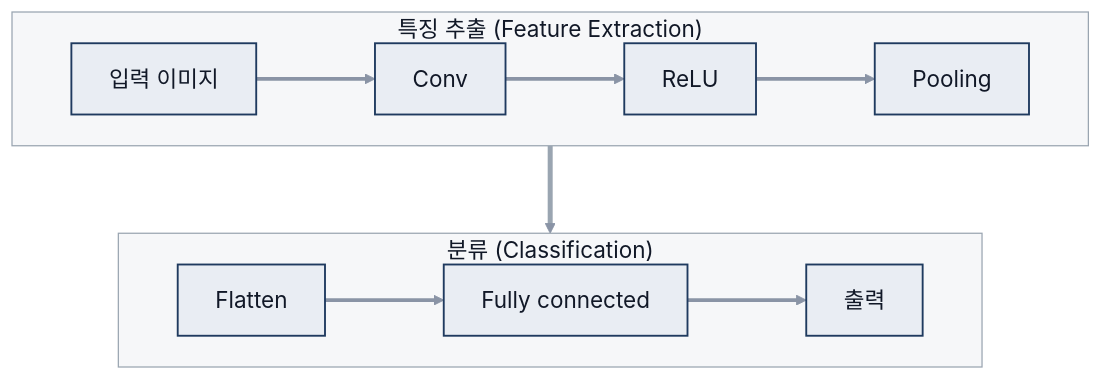
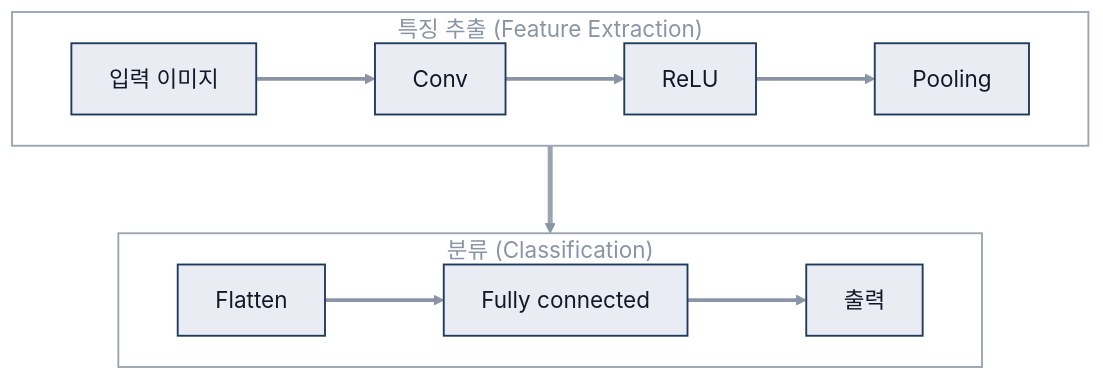
Before and after one commit to Jenny5789/python: the first of 3 diagrams in study_archive/artificial_intelligence/06_cnn.md, drawn with Mermaid. The commit also changed other lines of this file and 16 other files, not shown here.

````diff
--- a/study_archive/artificial_intelligence/06_cnn.md
+++ b/study_archive/artificial_intelligence/06_cnn.md
@@ -71,18 +73,18 @@
 ```mermaid
 %%{init: {'theme': 'base', 'themeVariables': {'fontSize': '18px', 'primaryColor': '#E9EDF3', 'primaryBorderColor': '#1F3A5F', 'primaryTextColor': '#111827', 'lineColor': '#8A94A6', 'secondaryColor': '#F3F4F6', 'tertiaryColor': '#F3F4F6', 'clusterBkg': '#F6F7F9', 'clusterBorder': '#9AA5B1', 'edgeLabelBackground': '#E9EDF3'}, 'flowchart': {'nodeSpacing': 30, 'rankSpacing': 70}}}%%
 flowchart TD
   classDef default fill:#E9EDF3,stroke:#1F3A5F,stroke-width:1.5px,color:#111827
   linkStyle default stroke:#8A94A6,stroke-width:3px,color:#111827
   subgraph FE["특징 추출 (Feature Extraction)"]
     direction LR
     I["입력 이미지"] --> C1["Conv"] --> R1["ReLU"] --> P1["Pooling"]
   end
   subgraph CL["분류 (Classification)"]
     direction LR
     F["Flatten"] --> FC["Fully connected"] --> O["출력"]
   end
   FE --> CL
-  style FE fill:#F6F7F9,stroke:#9AA5B1,color:#111827
-  style CL fill:#F6F7F9,stroke:#9AA5B1,color:#111827
+  style FE fill:none,stroke:#9AA5B1,stroke-width:1.5px,color:#8A94A6
+  style CL fill:none,stroke:#9AA5B1,stroke-width:1.5px,color:#8A94A6
   linkStyle 5 stroke:#9AA5B1,stroke-width:4px
 ```
````
